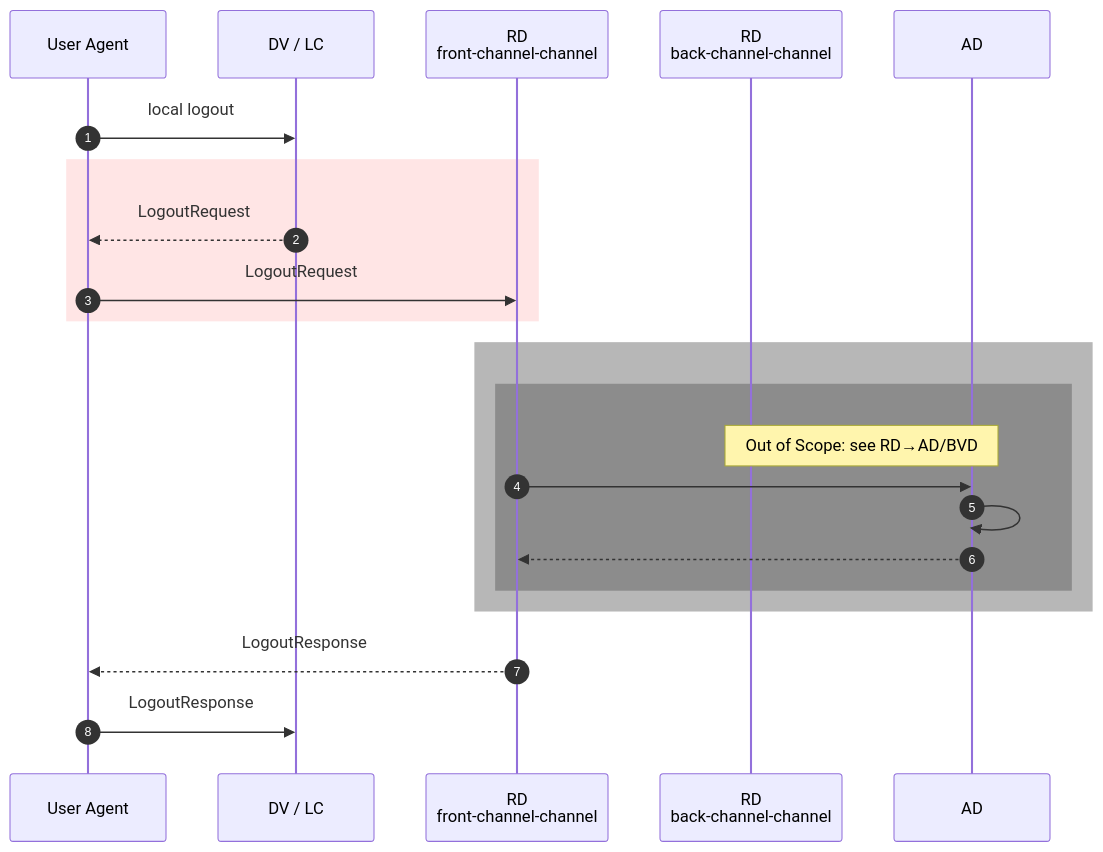
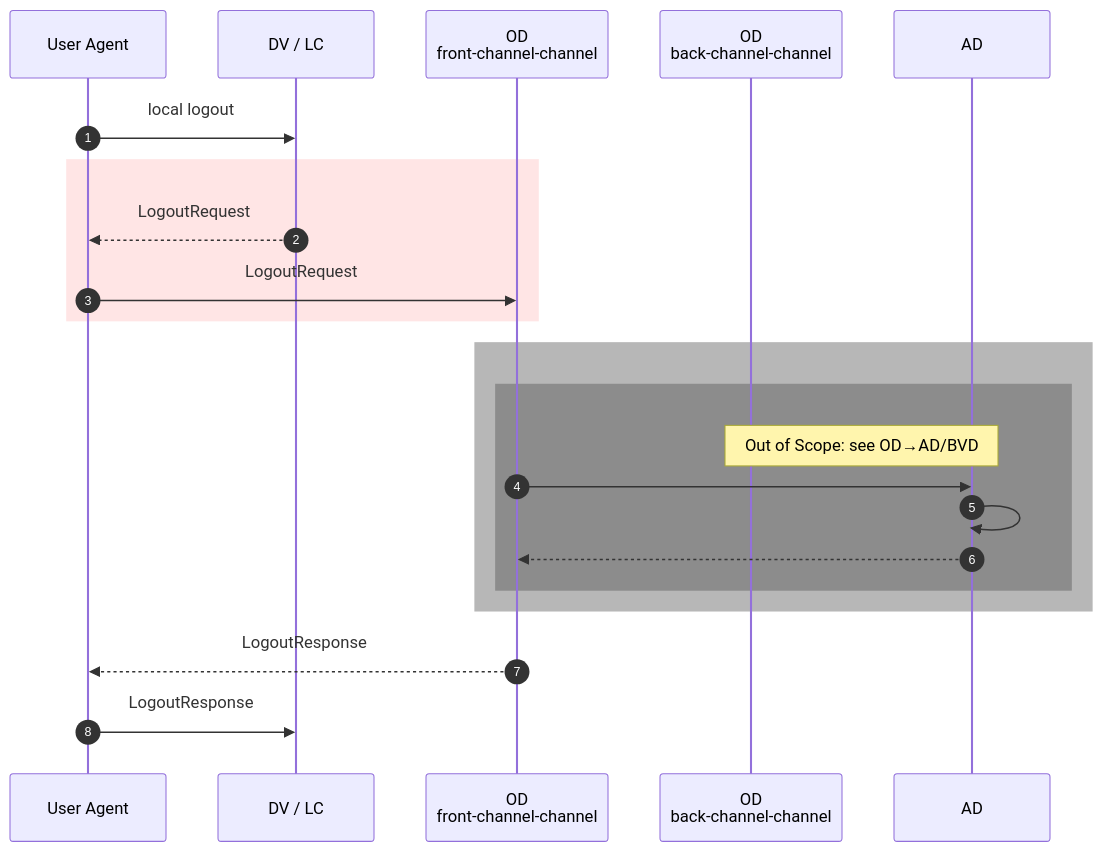
Before and after one commit to Logius-standaarden/st-saml-spec: the diagram in media/logout-request-dv-lc-rd.mermaid, drawn with Mermaid. The commit also changed 31 other files, not shown here.

Commit message:
Use OD terminology throughout specification and diagrams

```diff
--- a/media/logout-request-dv-lc-rd.mermaid
+++ b/media/logout-request-dv-lc-rd.mermaid
@@ -1,26 +1,26 @@
 %%{init: {
     "themeVariables": {"fontSize": "24px"},
     "sequence": {"boxMargin": 20}
 }}%%
 sequenceDiagram
 autonumber
 participant A as User Agent
 participant B as DV / LC
-participant C as RD <br /> front-channel-channel
-participant D as RD <br /> back-channel-channel
+participant C as OD <br /> front-channel-channel
+participant D as OD <br /> back-channel-channel
 participant E as AD
 A->>B: local logout
 rect rgba(255,0,0,.1)
     B-->>A: LogoutRequest
     A->>C: LogoutRequest
 end
 rect rgba(75, 75, 75,.4)
 rect rgba(75, 75, 75,.4)
-    Note over D,E:  Out of Scope: see RD#8594;AD/BVD
+    Note over D,E:  Out of Scope: see OD#8594;AD/BVD
     C->>E:
     E->>E:
     E-->>C:
 end
 end
 C-->>A: LogoutResponse
 A->>B: LogoutResponse
```
